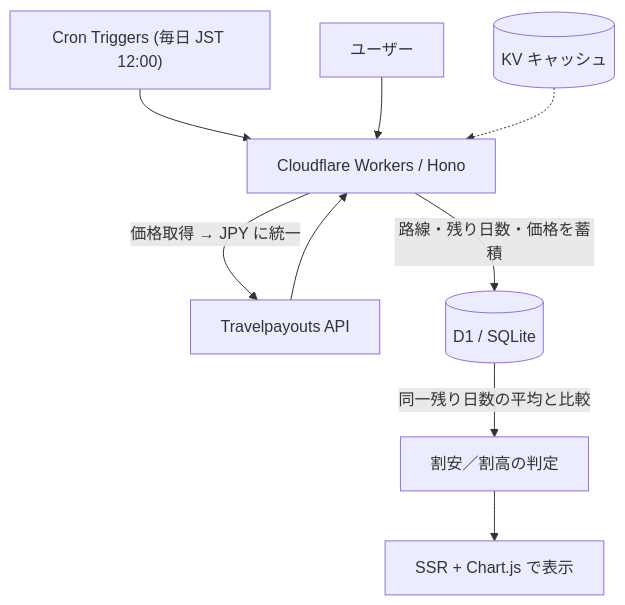
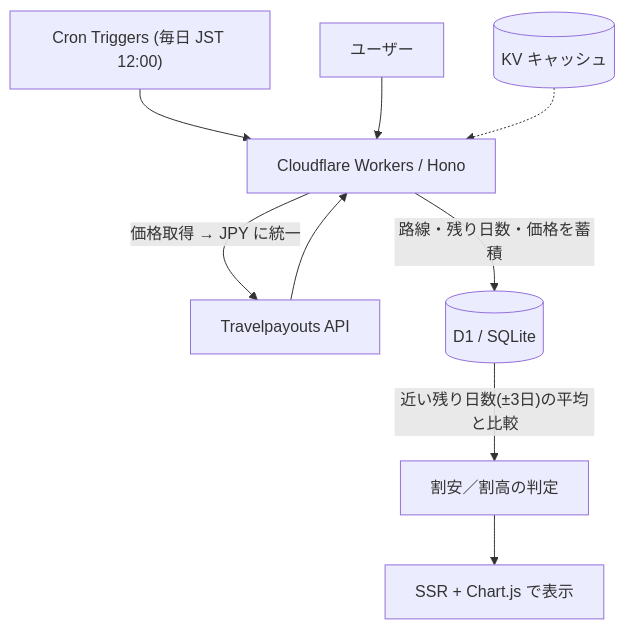
One commit to Cobalt-Velvet/SwimFare changed the diagram in README.md. Above: the diagram before and after it, drawn with Mermaid. The commit also changed other lines of this file and 3 other files, not shown here.

````diff
--- a/README.md
+++ b/README.md
@@ -70,11 +70,11 @@
 ```mermaid
 flowchart TD
     Cron["Cron Triggers (毎日 JST 12:00)"] --> Worker["Cloudflare Workers / Hono"]
     Worker -->|"価格取得 → JPY に統一"| TP["Travelpayouts API"]
     TP --> Worker
     Worker -->|"路線・残り日数・価格を蓄積"| D1[("D1 / SQLite")]
     User["ユーザー"] --> Worker
-    D1 -->|"同一残り日数の平均と比較"| Judge["割安／割高の判定"]
+    D1 -->|"近い残り日数(±3日)の平均と比較"| Judge["割安／割高の判定"]
     Judge --> View["SSR + Chart.js で表示"]
     KV[("KV キャッシュ")] -.-> Worker
 ```
````
